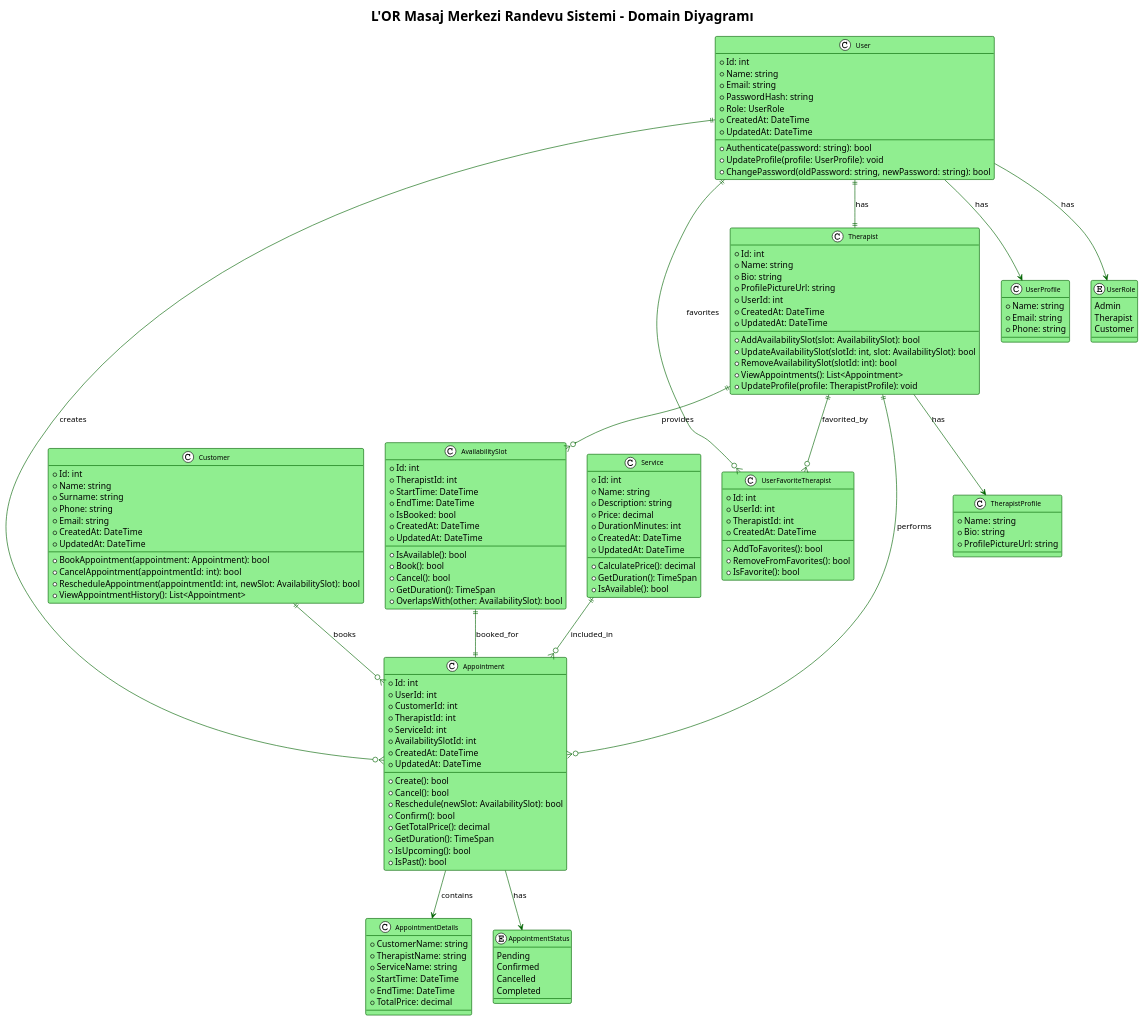
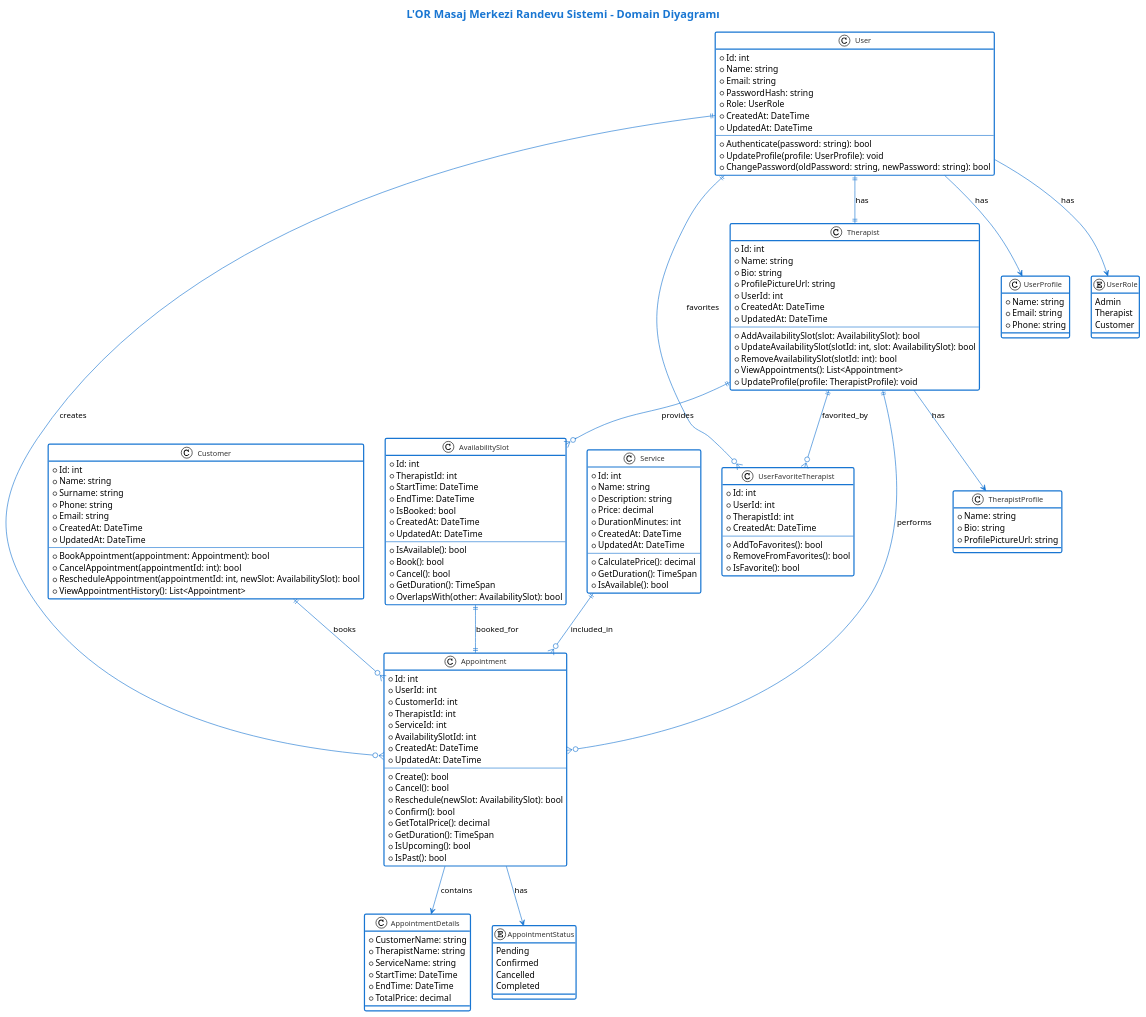
Before and after one commit to erdinat/MassageBookingSystem: the diagram in WebApplication1/staj-gunlukleri/domain-diagram.puml, drawn with PlantUML. The commit also changed 8 other files, not shown here.

Commit message:
Staj defterleri eklendi (8-14 Ağustos 2025) ve domain diagram iyileştirildi

```diff
--- a/WebApplication1/staj-gunlukleri/domain-diagram.puml
+++ b/WebApplication1/staj-gunlukleri/domain-diagram.puml
@@ -1,11 +1,33 @@
 @startuml LOR_Masaj_Merkezi_DomainDiagram
 
 !theme plain
+skinparam backgroundColor white
 skinparam class {
-    BackgroundColor LightGreen
-    BorderColor DarkGreen
-    ArrowColor DarkGreen
+    BackgroundColor white
+    BorderColor #1976D2
+    ArrowColor #1976D2
+    FontColor #333333
+    FontSize 12
+    FontName Arial
+    BorderThickness 2
+    RoundCorner 10
+}
+
+skinparam enum {
+    BackgroundColor #E3F2FD
+    BorderColor #1976D2
+    FontColor #1976D2
     FontSize 11
+    FontName Arial
+    BorderThickness 1
+    RoundCorner 8
+}
+
+skinparam title {
+    FontColor #1976D2
+    FontSize 18
+    FontName Arial
+    FontStyle bold
 }
 
 title L'OR Masaj Merkezi Randevu Sistemi - Domain Diyagramı
```
